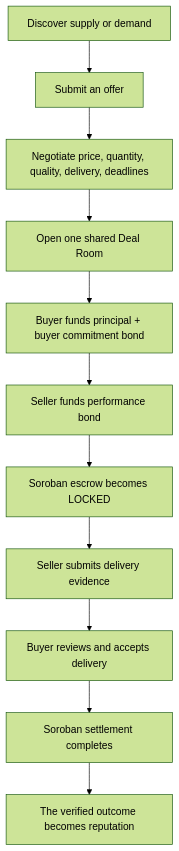
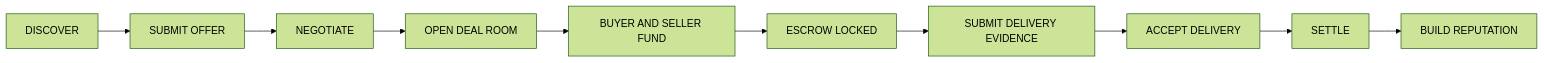
One commit to dwikabimantara99/settleway changed the first of 2 diagrams in README.md. Above: the diagram before and after it, drawn with Mermaid (forest theme). The commit also changed other lines of this file, not shown here.

````diff
--- a/README.md
+++ b/README.md
@@ -52,13 +41,12 @@
 ```mermaid
-flowchart TD
-    A[Discover supply or demand] --> B[Submit an offer]
-    B --> C[Negotiate price, quantity, quality, delivery, deadlines]
-    C --> D[Open one shared Deal Room]
-    D --> E[Buyer funds principal + buyer commitment bond]
-    E --> F[Seller funds performance bond]
-    F --> G[Soroban escrow becomes LOCKED]
-    G --> H[Seller submits delivery evidence]
-    H --> I[Buyer reviews and accepts delivery]
-    I --> J[Soroban settlement completes]
-    J --> K[The verified outcome becomes reputation]
+flowchart LR
+    A[DISCOVER] --> B[SUBMIT OFFER]
+    B --> C[NEGOTIATE]
+    C --> D[OPEN DEAL ROOM]
+    D --> E[BUYER AND SELLER FUND]
+    E --> F[ESCROW LOCKED]
+    F --> G[SUBMIT DELIVERY EVIDENCE]
+    G --> H[ACCEPT DELIVERY]
+    H --> I[SETTLE]
+    I --> J[BUILD REPUTATION]
 ```
````
